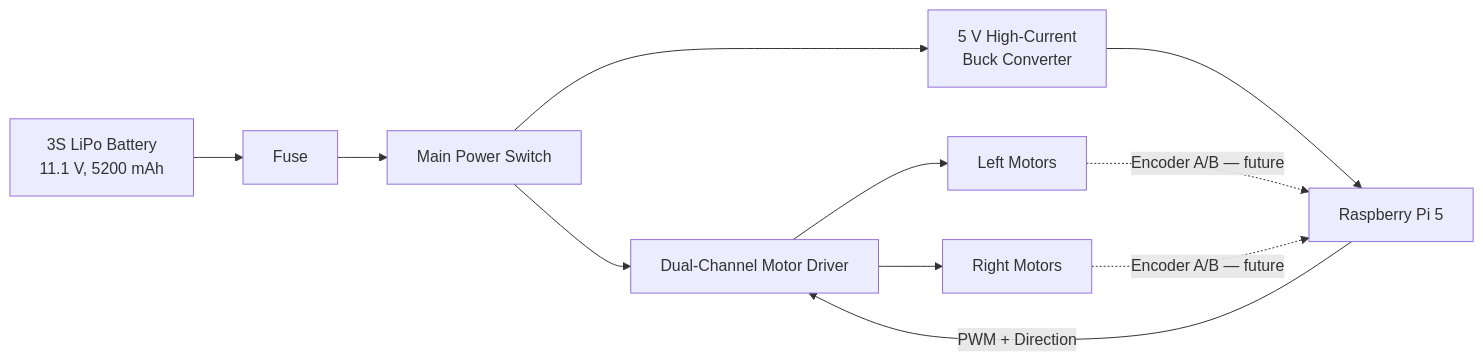
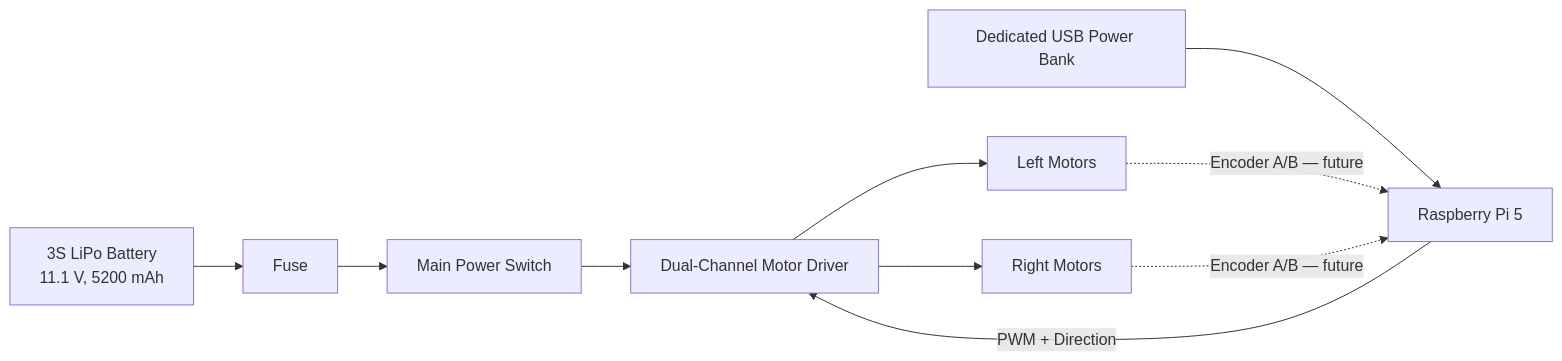
Before and after one commit to AndyChen227/RoverPi: the first of 4 diagrams in README.md, drawn with Mermaid. The commit also changed other lines of this file, not shown here.

````diff
--- a/README.md
+++ b/README.md
@@ -59,13 +59,12 @@
 ```mermaid
 flowchart LR
     B["3S LiPo Battery<br/>11.1 V, 5200 mAh"] --> F["Fuse"]
     F --> S["Main Power Switch"]
     S --> D["Dual-Channel Motor Driver"]
-    S --> C["5 V High-Current<br/>Buck Converter"]
-    C --> P["Raspberry Pi 5"]
+    U["Dedicated USB Power Bank"] --> P["Raspberry Pi 5"]
     P -->|"PWM + Direction"| D
     D --> M1["Left Motors"]
     D --> M2["Right Motors"]
     M1 -. "Encoder A/B — future" .-> P
     M2 -. "Encoder A/B — future" .-> P
 ```
````
